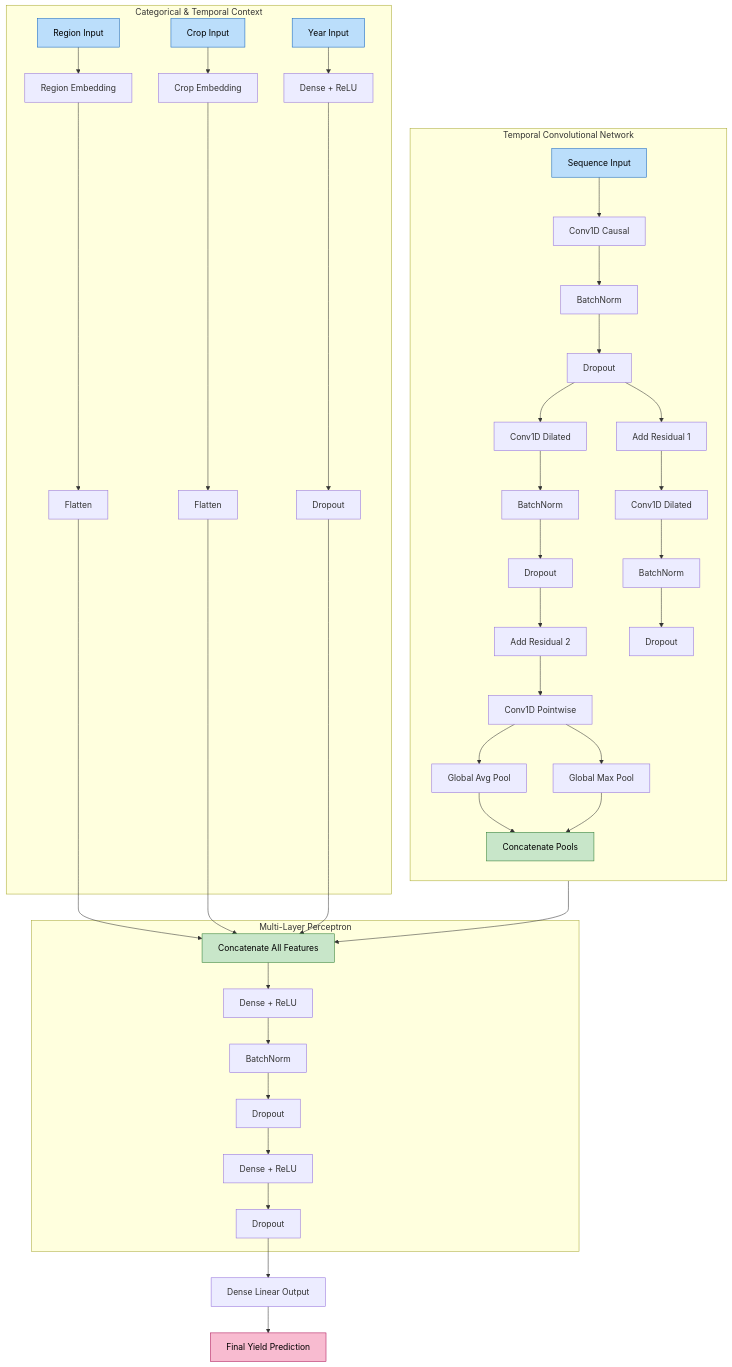
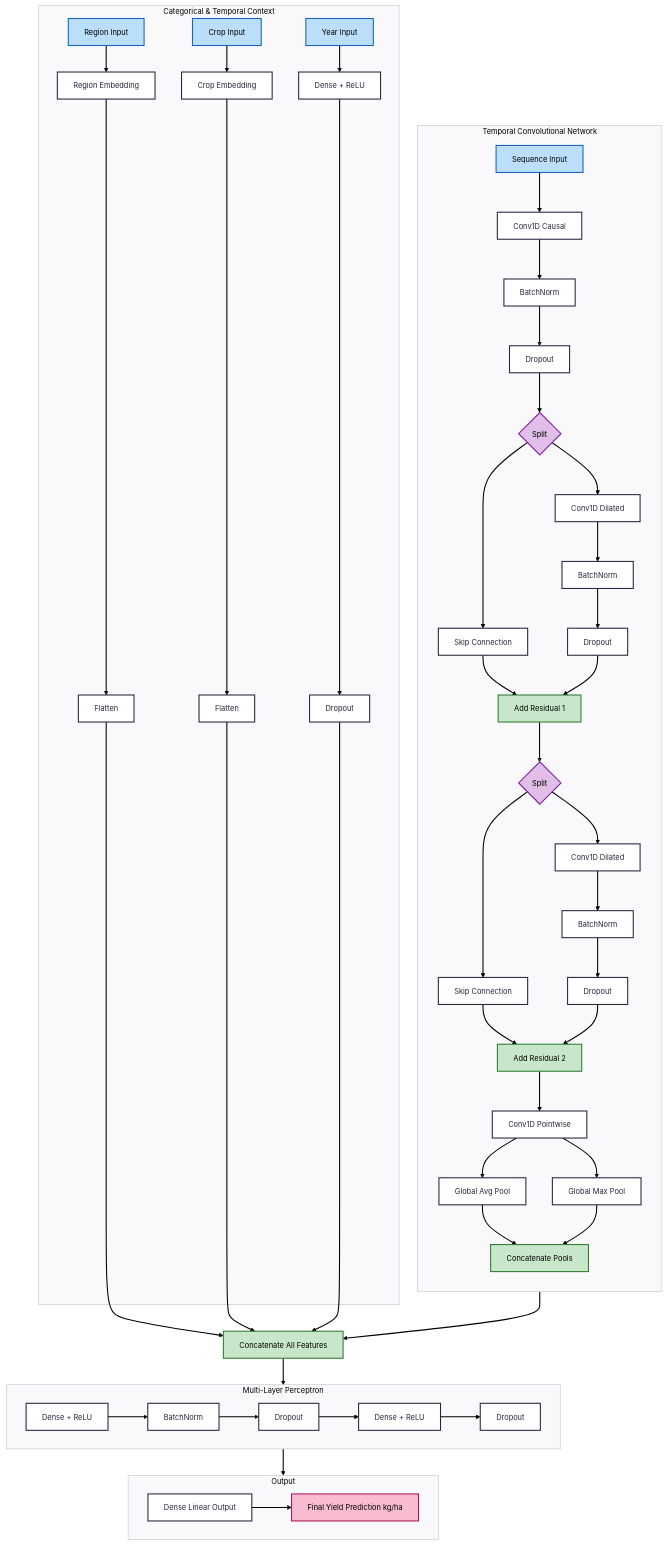
The diagram in TCN_MLP_Architecture.mmd (David-Ibitokun/Nig-Climate-Soil-With-DL), drawn with Mermaid before and after one commit. The commit also changed 4 other files, not shown here.

```diff
--- a/TCN_MLP_Architecture.mmd
+++ b/TCN_MLP_Architecture.mmd
@@ -1,56 +1,90 @@
+---
+config:
+  theme: redux
+---
 graph TD
     %% Input Layer
     seq_in[Sequence Input]
     reg_in[Region Input]
     crop_in[Crop Input]
     year_in[Year Input]
 
     %% TCN Branch
-    subgraph TCN_Branch ["Temporal Convolutional Network"]
+    subgraph TCN_Branch [Temporal Convolutional Network]
         direction TB
+        
+        %% Initial Processing before Residual Blocks
         seq_in --> c1[Conv1D Causal] --> bn1[BatchNorm] --> do1[Dropout]
         
-        do1 --> add1[Add Residual 1]
-        do1 --> c2[Conv1D Dilated] --> bn2[BatchNorm] --> do2[Dropout]
+        %% --- Block 1: Dilation Rate 2 ---
+        do1 --> split1{Split}
         
-        do2 --> add2[Add Residual 2]
-        add1 --> c3[Conv1D Dilated] --> bn3[BatchNorm] --> do3[Dropout]
+        %% Right Path (Skip Connection for Block 1)
+        split1 --> skip1[Skip Connection]
         
-        add2 --> c4[Conv1D Pointwise]
-        c4 --> gap[Global Avg Pool]
-        c4 --> gmp[Global Max Pool]
+        %% Left Path (Main Path for Block 1)
+        split1 --> conv_d1[Conv1D Dilated] --> bn_d1[BatchNorm] --> drop_d1[Dropout]
+        
+        %% Merge at Add Residual 1
+        skip1 --> add1[Add Residual 1]
+        drop_d1 --> add1
+        
+        %% --- Block 2: Dilation Rate 4 ---
+        add1 --> split2{Split}
+        
+        %% Right Path (Skip Connection for Block 2)
+        %% This is the path the user noted was missing/unclear
+        split2 --> skip2[Skip Connection]
+        
+        %% Left Path (Main Path for Block 2)
+        split2 --> conv_d2[Conv1D Dilated] --> bn_d2[BatchNorm] --> drop_d2[Dropout]
+        
+        %% Merge at Add Residual 2
+        %% Both Skip2 and Drop_D2 merge here
+        skip2 --> add2[Add Residual 2]
+        drop_d2 --> add2
+        
+        %% Output of TCN
+        add2 --> c_pointwise[Conv1D Pointwise]
+        c_pointwise --> gap[Global Avg Pool]
+        c_pointwise --> gmp[Global Max Pool]
         gap --> tcn_merge[Concatenate Pools]
         gmp --> tcn_merge
     end
 
     %% Context Embeddings
-    subgraph Context_Branches ["Categorical & Temporal Context"]
+    subgraph Context_Branches [Categorical & Temporal Context]
         reg_in --> reg_emb[Region Embedding] --> reg_flat[Flatten]
         crop_in --> crop_emb[Crop Embedding] --> crop_flat[Flatten]
         year_in --> year_dense[Dense + ReLU] --> year_do[Dropout]
     end
 
     %% Fusion & MLP Head
     tcn_merge --> fusion[Concatenate All Features]
     reg_flat --> fusion
     crop_flat --> fusion
     year_do --> fusion
-
-    subgraph MLP_Head ["Multi-Layer Perceptron"]
-        fusion --> mlp_d1[Dense + ReLU] --> mlp_bn[BatchNorm] --> mlp_do1[Dropout]
+    fusion -->  MLP_Head
+    subgraph MLP_Head [Multi-Layer Perceptron]
+        mlp_d1[Dense + ReLU] --> mlp_bn[BatchNorm] --> mlp_do1[Dropout]
         mlp_do1 --> mlp_d2[Dense + ReLU] --> mlp_do2[Dropout]
     end
 
+    MLP_Head --> Output
     %% Output
-    mlp_do2 --> out_layer[Dense Linear Output]
-    out_layer --> final["Final Yield Prediction"]
+    subgraph Output
+      out_layer[Dense Linear Output]
+      out_layer --> final[Final Yield Prediction kg/ha]
+    end
 
     %% Styling for readability
     classDef input fill:#bbdefb,stroke:#1565c0,color:#000;
     classDef process fill:#fff9c4,stroke:#fbc02d,color:#000;
     classDef merge fill:#c8e6c9,stroke:#2e7d32,color:#000;
     classDef output fill:#f8bbd0,stroke:#ad1457,color:#000;
+    classDef split fill:#e1bee7,stroke:#7b1fa2,color:#000;
 
     class seq_in,reg_in,crop_in,year_in input;
     class final output;
-    class tcn_merge,fusion merge;
+    class add1,add2,tcn_merge,fusion merge;
+    class split1,split2 split;
```
